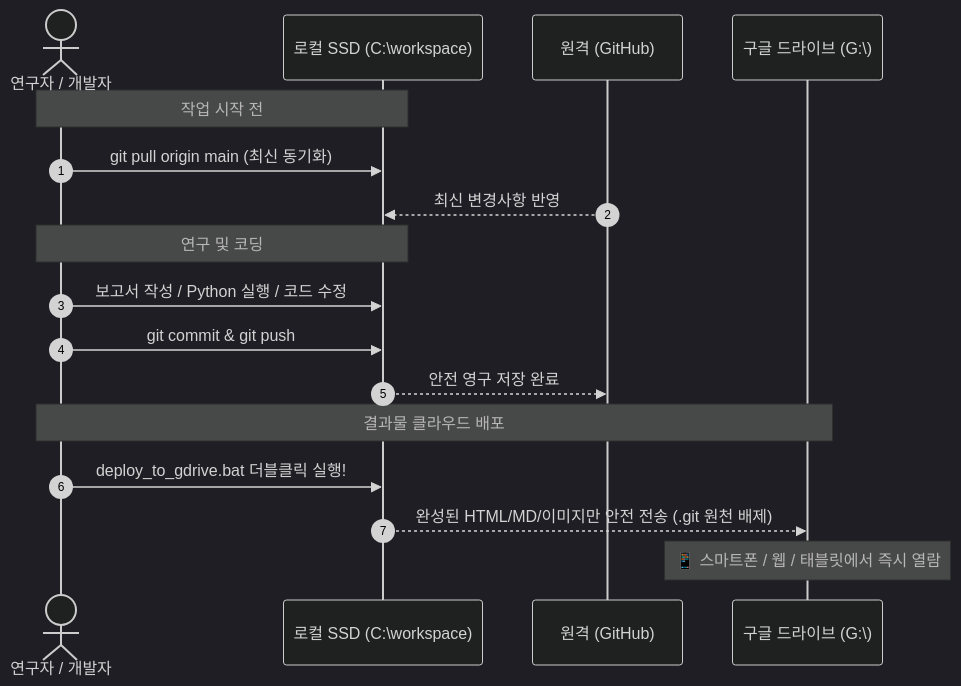
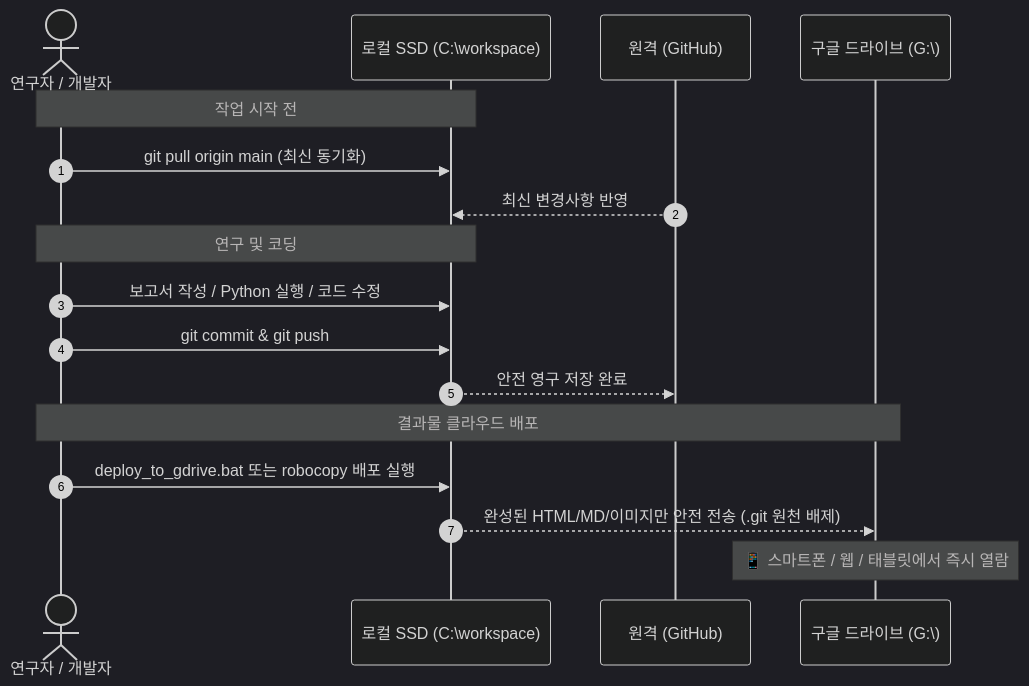
Before and after one commit to jaehyokim-sketch/acupoint_anatomy: the second of 2 diagrams in docs/Git_저장소_로컬_분리_설정_가이드.md, drawn with Mermaid (dark theme). The commit also changed other lines of this file, not shown here.

Commit message:
docs: update local separation guide to v1.1 (3 new projects, multi-PC data copy and check steps)

````diff
--- a/docs/Git_저장소_로컬_분리_설정_가이드.md
+++ b/docs/Git_저장소_로컬_분리_설정_가이드.md
@@ -124,22 +213,22 @@
 ```mermaid
 sequenceDiagram
     autonumber
     actor User as 연구자 / 개발자
     participant Local as 로컬 SSD (C:\workspace)
     participant GitHub as 원격 (GitHub)
     participant GDrive as 구글 드라이브 (G:\)
 
     Note over User,Local: 작업 시작 전
     User->>Local: git pull origin main (최신 동기화)
     GitHub-->>Local: 최신 변경사항 반영
 
     Note over User,Local: 연구 및 코딩
     User->>Local: 보고서 작성 / Python 실행 / 코드 수정
     User->>Local: git commit & git push
     Local-->>GitHub: 안전 영구 저장 완료
 
     Note over User,GDrive: 결과물 클라우드 배포
-    User->>Local: deploy_to_gdrive.bat 더블클릭 실행!
+    User->>Local: deploy_to_gdrive.bat 또는 robocopy 배포 실행
     Local-->>GDrive: 완성된 HTML/MD/이미지만 안전 전송 (.git 원천 배제)
     Note over GDrive: 📱 스마트폰 / 웹 / 태블릿에서 즉시 열람
 ```
````
